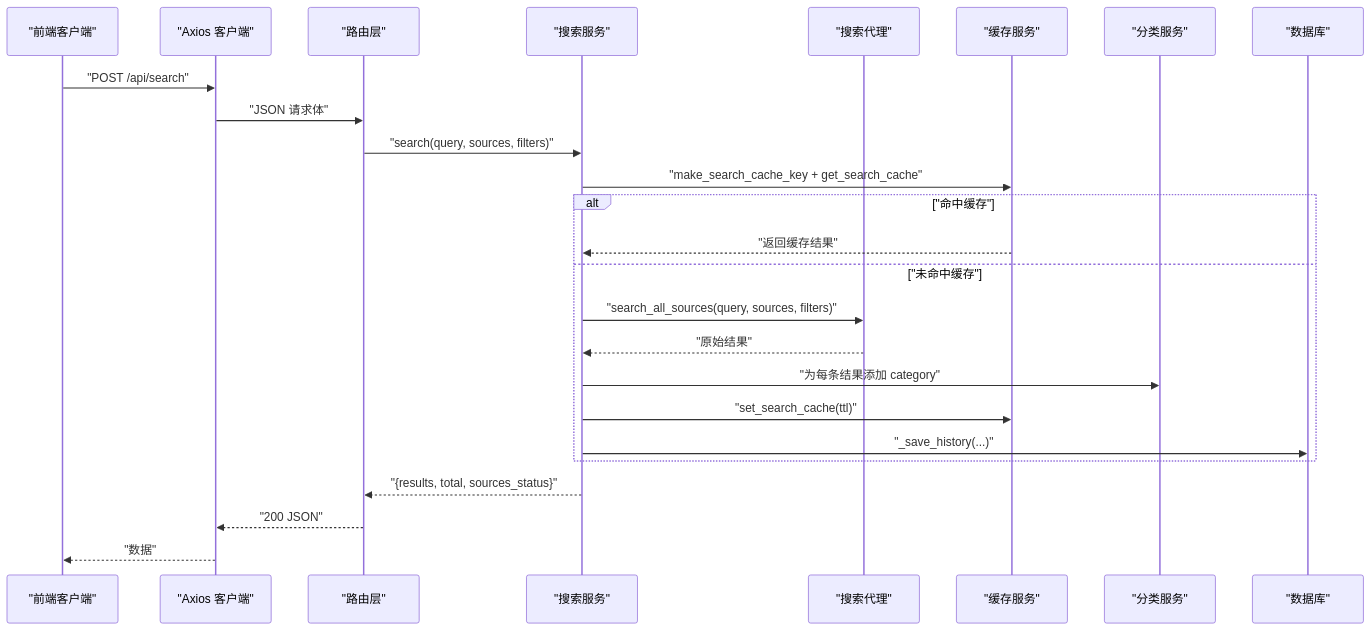
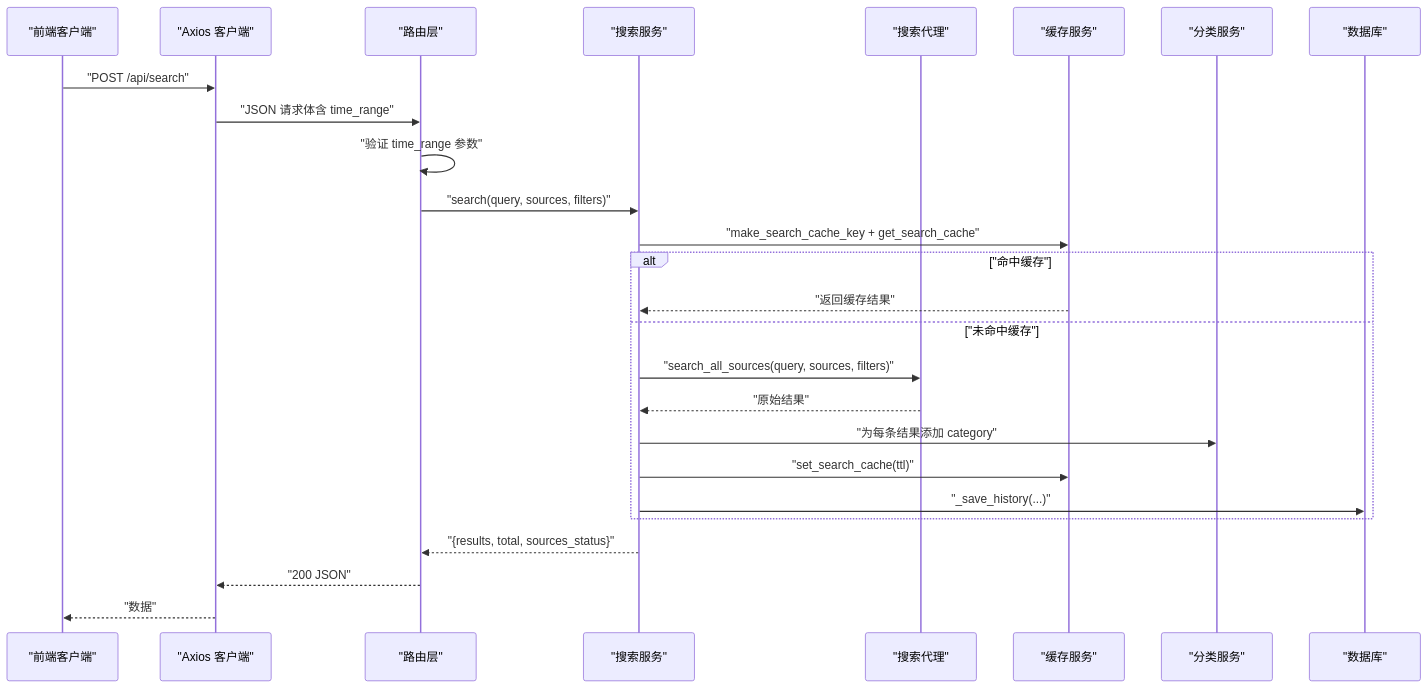
Before and after one commit to wangdy21/search_is_all_you_need: the second of 3 diagrams in .qoder/repowiki/zh/content/API接口参考/搜索API.md, drawn with Mermaid. The commit also changed other lines of this file and 11 other files, not shown here.

````diff
--- a/.qoder/repowiki/zh/content/API接口参考/搜索API.md
+++ b/.qoder/repowiki/zh/content/API接口参考/搜索API.md
@@ -114,27 +134,28 @@
 ```mermaid
 sequenceDiagram
 participant FE as "前端客户端"
 participant API as "Axios 客户端"
 participant Route as "路由层"
 participant Svc as "搜索服务"
 participant Agent as "搜索代理"
 participant Cache as "缓存服务"
 participant Class as "分类服务"
 participant DB as "数据库"
 FE->>API : "POST /api/search"
-API->>Route : "JSON 请求体"
+API->>Route : "JSON 请求体含 time_range"
+Route->>Route : "验证 time_range 参数"
 Route->>Svc : "search(query, sources, filters)"
 Svc->>Cache : "make_search_cache_key + get_search_cache"
 alt "命中缓存"
 Cache-->>Svc : "返回缓存结果"
 else "未命中缓存"
 Svc->>Agent : "search_all_sources(query, sources, filters)"
 Agent-->>Svc : "原始结果"
 Svc->>Class : "为每条结果添加 category"
 Svc->>Cache : "set_search_cache(ttl)"
 Svc->>DB : "_save_history(...)"
 end
 Svc-->>Route : "{results, total, sources_status}"
 Route-->>API : "200 JSON"
 API-->>FE : "数据"
 ```
````
